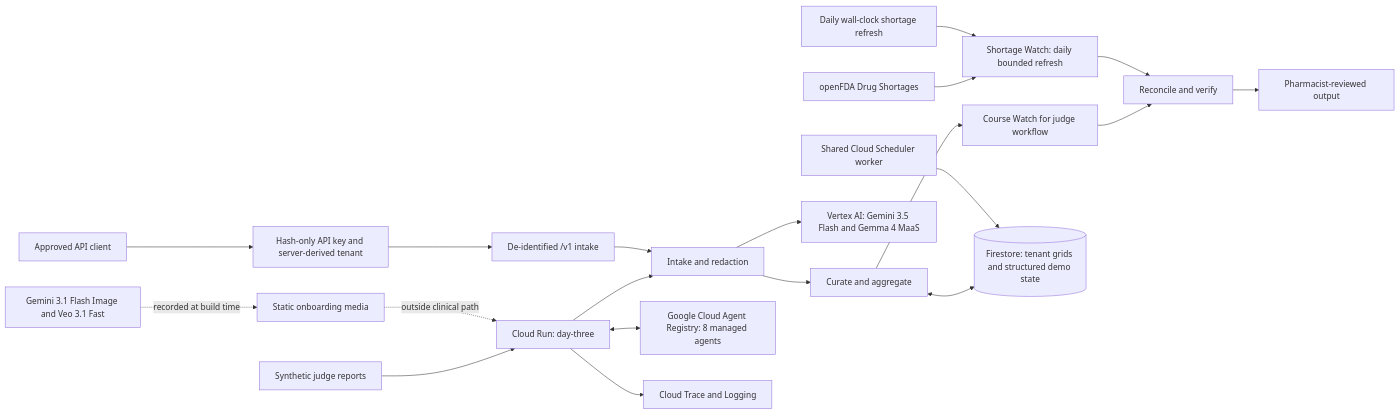
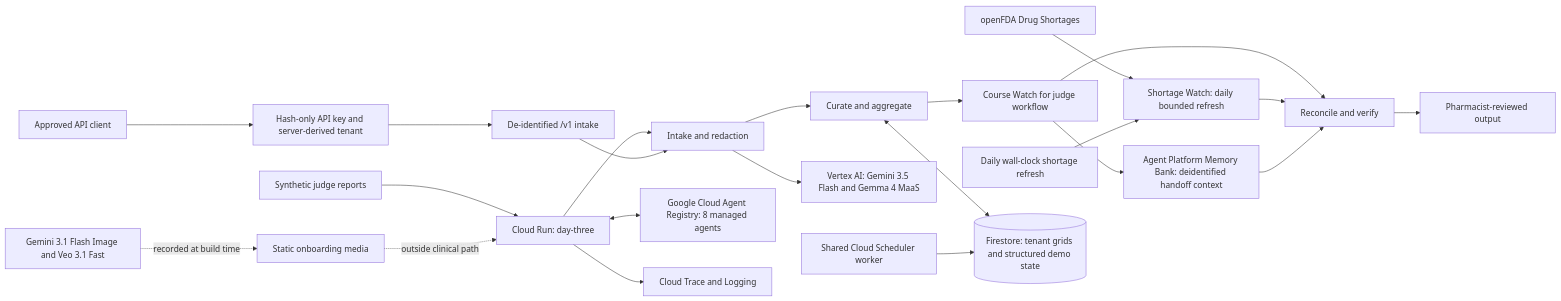
Before and after one commit to usv240/day-three: the diagram in docs/architecture.mmd, drawn with Mermaid. The commit also changed 22 other files, not shown here.

Commit message:
Add bounded managed memory and live platform proof

```diff
--- a/docs/architecture.mmd
+++ b/docs/architecture.mmd
@@ -1,20 +1,22 @@
 flowchart LR
     A[Synthetic judge reports] --> B[Cloud Run: day-three]
     API[Approved API client] --> K[Hash-only API key and server-derived tenant]
     K --> DI[De-identified /v1 intake]
     B --> I[Intake and redaction]
     DI --> I
     I --> C[Curate and aggregate]
     C --> W[Course Watch for judge workflow]
     W --> R[Reconcile and verify]
     D[openFDA Drug Shortages] --> SW[Shortage Watch: daily bounded refresh]
     SW --> R
     DS[Daily wall-clock shortage refresh] --> SW
     C <--> F[(Firestore: tenant grids and structured demo state)]
+    W --> MB[Agent Platform Memory Bank: deidentified handoff context]
+    MB --> R
     I --> V[Vertex AI: Gemini 3.5 Flash and Gemma 4 MaaS]
     S[Shared Cloud Scheduler worker] --> F
     B <--> G[Google Cloud Agent Registry: 8 managed agents]
     B --> T[Cloud Trace and Logging]
     R --> H[Pharmacist-reviewed output]
     M[Gemini 3.1 Flash Image and Veo 3.1 Fast] -. recorded at build time .-> O[Static onboarding media]
     O -. outside clinical path .-> B
```
